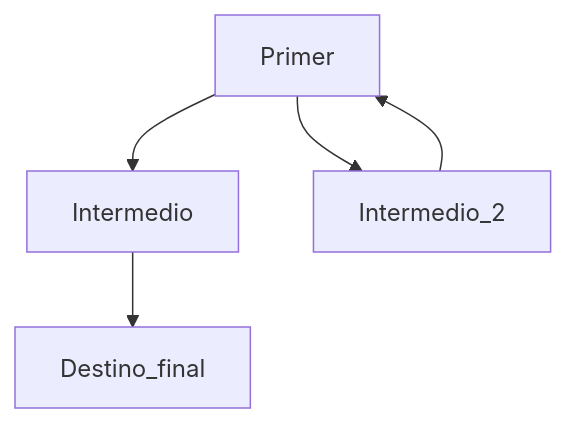
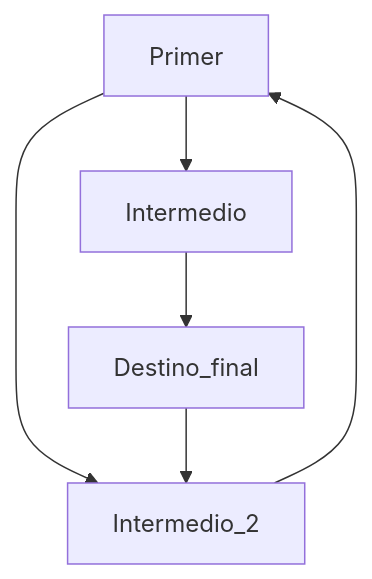
Before and after one commit to Mestosc/Primer_readme: the diagram in README.md, drawn with Mermaid.

Commit message:
Update README.md
Mejora al diagrama

````diff
--- a/README.md
+++ b/README.md
@@ -8,7 +8,8 @@
 ```mermaid
 graph TD;
     Primer-->Intermedio;
     Primer-->Intermedio_2;
     Intermedio-->Destino_final;
     Intermedio_2-->Primer;
+    Destino_final-->Intermedio_2;
 ```
````
